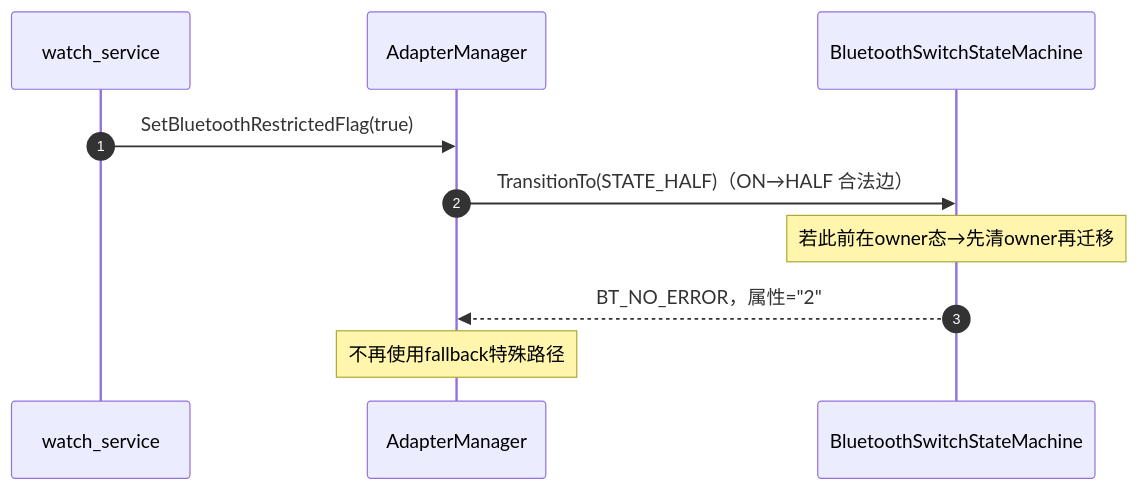
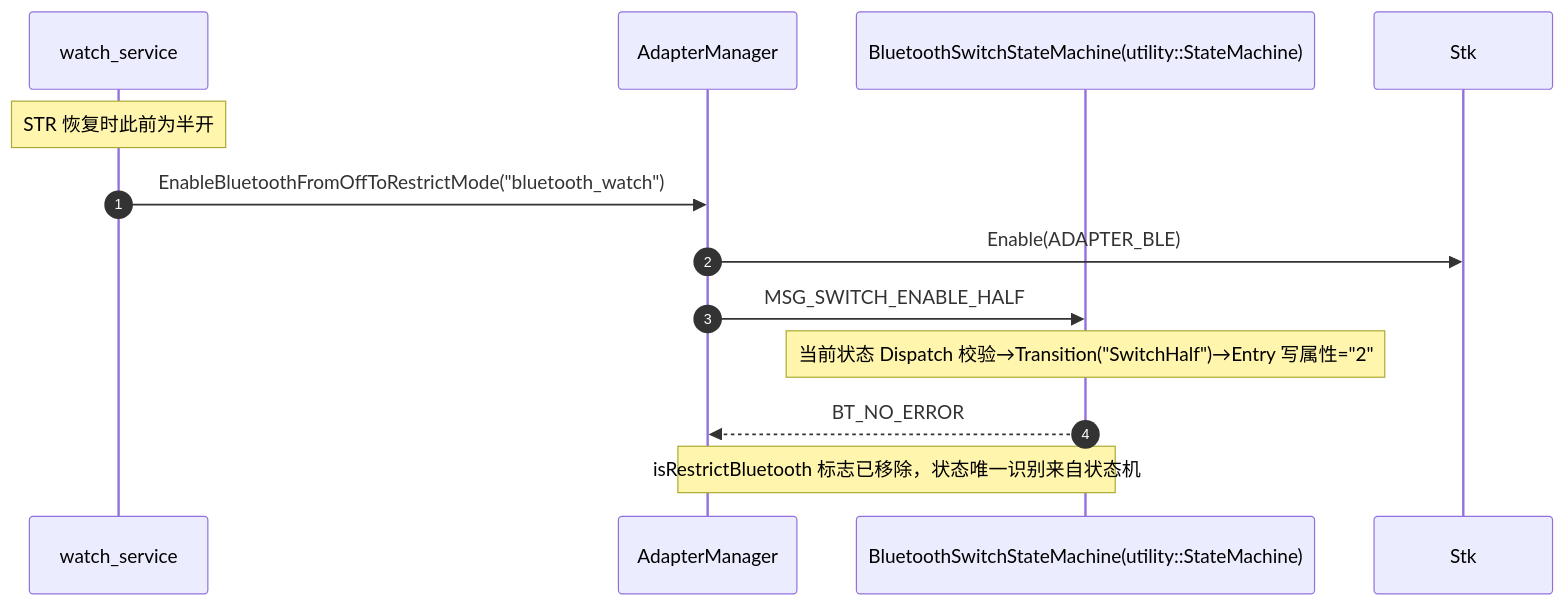
One commit to openharmony/communication_bluetooth changed the sixth of 6 diagrams in docs/ble_owner_only_four_state_design.md. Above: the diagram before and after it, drawn with Mermaid. The commit also changed other lines of this file and 8 other files, not shown here.

First line of the commit message:
refactor(bluetooth): drive switch state machine by utility StateMachine and drop restrict flag

````diff
--- a/docs/ble_owner_only_four_state_design.md
+++ b/docs/ble_owner_only_four_state_design.md
@@ -208,13 +212,15 @@
 ```mermaid
 sequenceDiagram
     autonumber
     participant W as watch_service
     participant AM as AdapterManager
-    participant BSM as BluetoothSwitchStateMachine
+    participant BSM as BluetoothSwitchStateMachine(utility::StateMachine)
 
-    W->>AM: SetBluetoothRestrictedFlag(true)
-    AM->>BSM: TransitionTo(STATE_HALF)（ON→HALF 合法边）
-    Note over BSM : 若此前在owner态→先清owner再迁移
-    BSM-->>AM : BT_NO_ERROR，属性="2"
-    Note over AM : 不再使用fallback特殊路径
+    Note over W : STR 恢复时此前为半开
+    W->>AM: EnableBluetoothFromOffToRestrictMode("bluetooth_watch")
+    AM->>Stk: Enable(ADAPTER_BLE)
+    AM->>BSM: MSG_SWITCH_ENABLE_HALF
+    Note over BSM : 当前状态 Dispatch 校验→Transition("SwitchHalf")→Entry 写属性="2"
+    BSM-->>AM : BT_NO_ERROR
+    Note over AM,BSM : isRestrictBluetooth 标志已移除，状态唯一识别来自状态机
 ```
````
